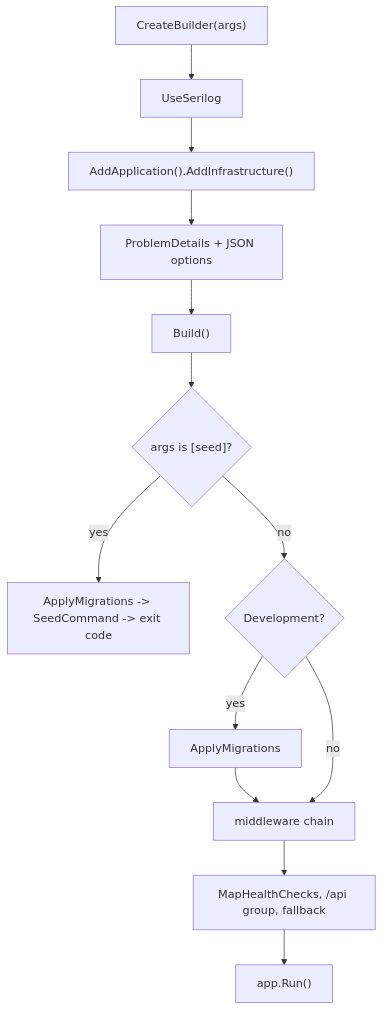
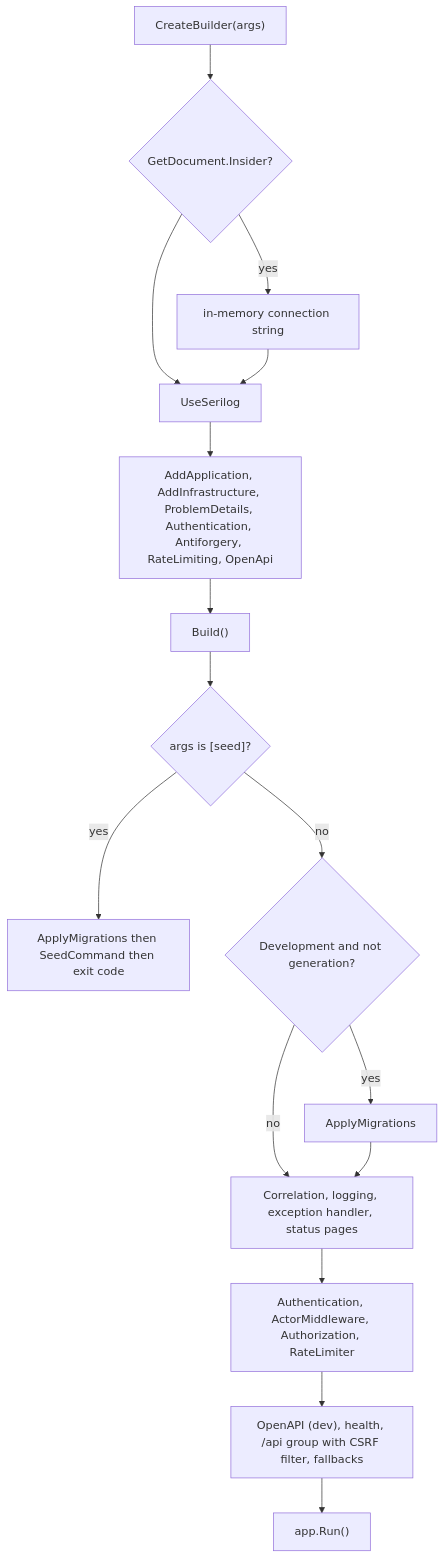
The diagram in docs/file-explanations/src/TutoringCentre.Api/Program.cs.md (youssef623/tutoring-centre), drawn with Mermaid before and after one commit. The commit also changed other lines of this file and 265 other files, not shown here.

````diff
--- a/docs/file-explanations/src/TutoringCentre.Api/Program.cs.md
+++ b/docs/file-explanations/src/TutoringCentre.Api/Program.cs.md
@@ -152,10 +234,18 @@
 ```mermaid
 flowchart TD
-    A["CreateBuilder(args)"] --> B["UseSerilog"] --> C["AddApplication().AddInfrastructure()"] --> D["ProblemDetails + JSON options"] --> E["Build()"]
+    A["CreateBuilder(args)"] --> G{"GetDocument.Insider?"}
+    G -->|yes| GC["in-memory connection string"]
+    G --> B["UseSerilog"]
+    GC --> B
+    B --> C["AddApplication, AddInfrastructure, ProblemDetails, Authentication, Antiforgery, RateLimiting, OpenApi"]
+    C --> E["Build()"]
     E --> F{"args is [seed]?"}
-    F -->|yes| G["ApplyMigrations -> SeedCommand -> exit code"]
-    F -->|no| H{"Development?"}
-    H -->|yes| I["ApplyMigrations"] --> J
-    H -->|no| J["middleware chain"]
-    J --> K["MapHealthChecks, /api group, fallback"] --> L["app.Run()"]
+    F -->|yes| S["ApplyMigrations then SeedCommand then exit code"]
+    F -->|no| H{"Development and not generation?"}
+    H -->|yes| I["ApplyMigrations"]
+    H -->|no| J
+    I --> J["Correlation, logging, exception handler, status pages"]
+    J --> K["Authentication, ActorMiddleware, Authorization, RateLimiter"]
+    K --> L["OpenAPI (dev), health, /api group with CSRF filter, fallbacks"]
+    L --> R["app.Run()"]
 ```
````
